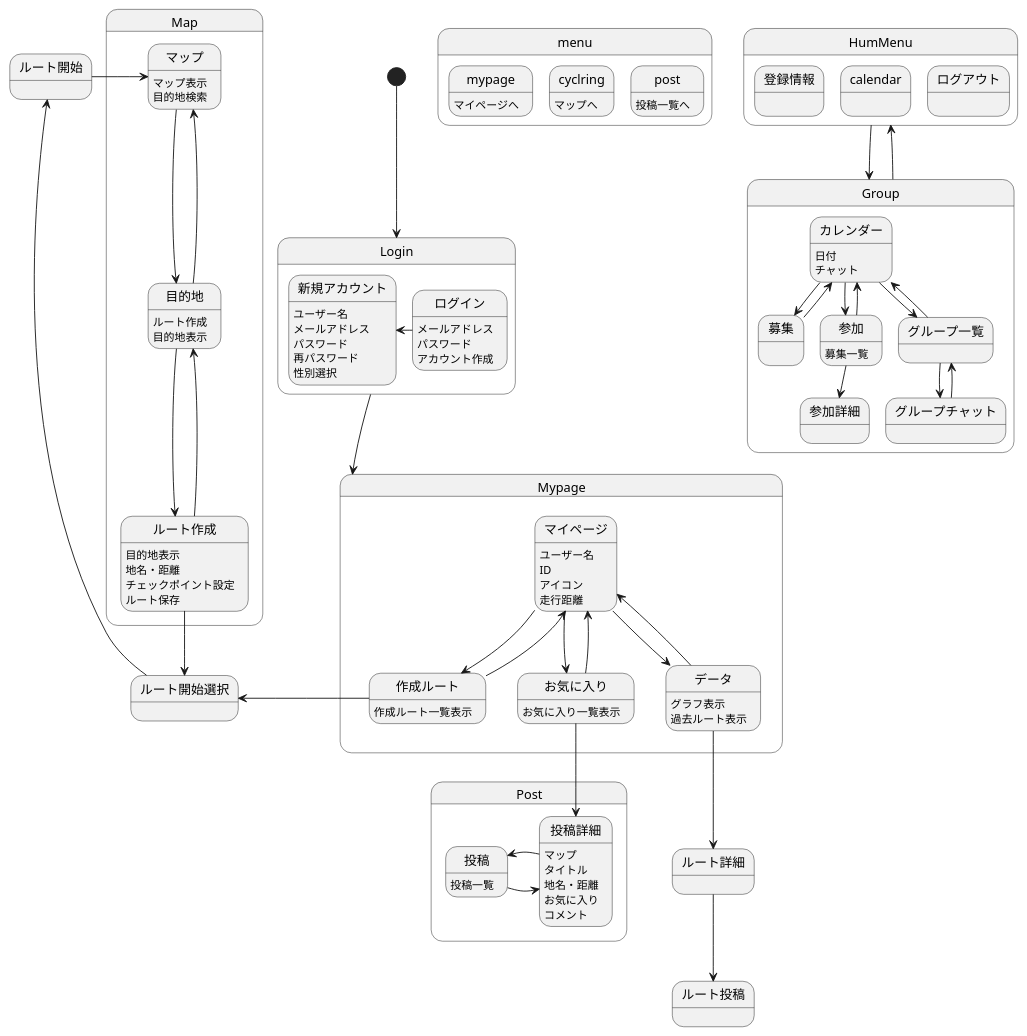
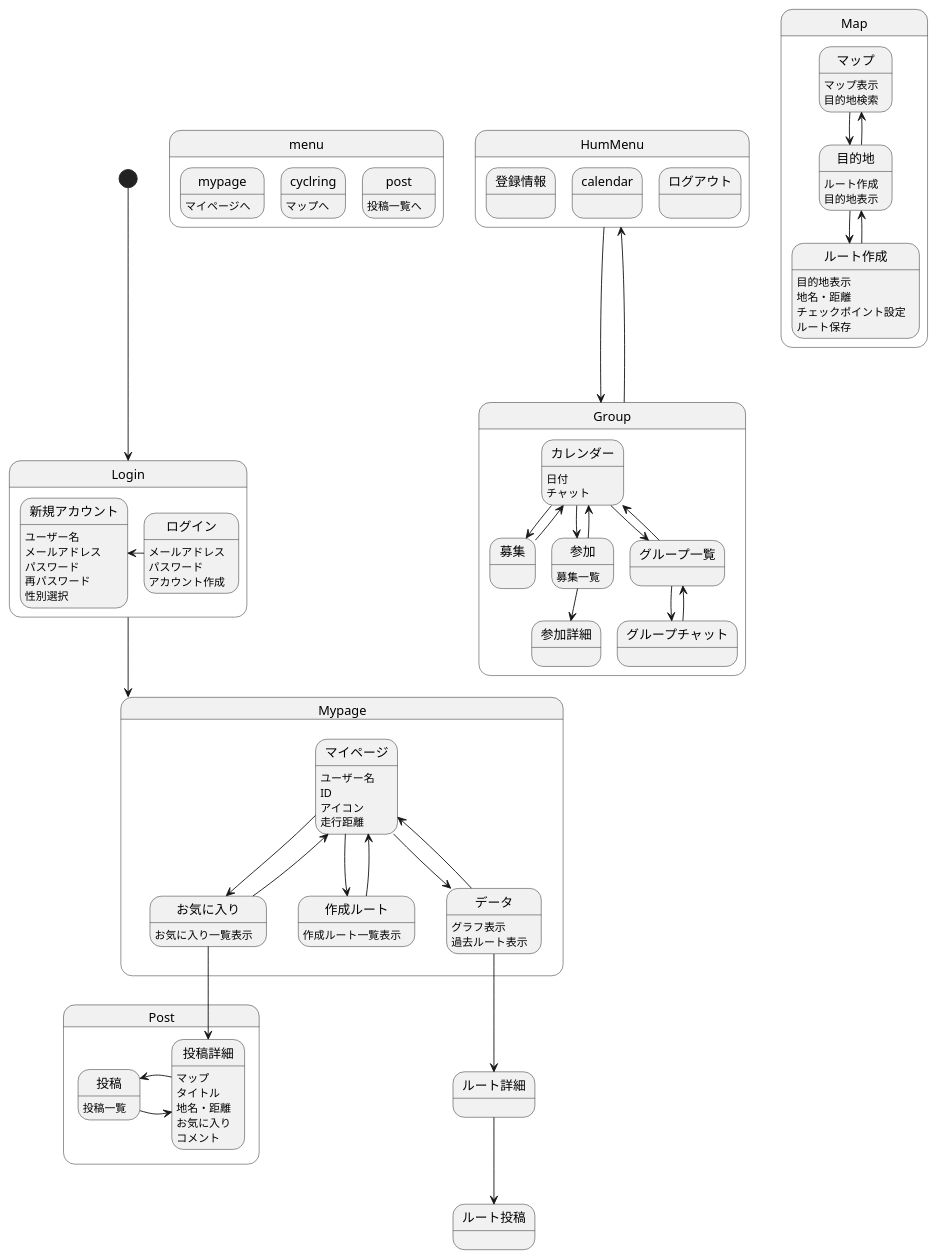
Before and after one commit to AsoSD3A3/CyclingSystem: the diagram in 画面遷移図/gm.md, drawn with PlantUML.

```diff
--- a/画面遷移図/gm.md
+++ b/画面遷移図/gm.md
@@ -83,12 +83,6 @@
 ルート作成:ルート保存
 }
 
-作成ルート-left->ルート開始選択
-ルート開始選択-up->ルート開始
-ルート開始-left->マップ
-ルート作成-->ルート開始選択
-
-
 state Post{
 投稿:投稿一覧
 投稿-right->投稿詳細
```
